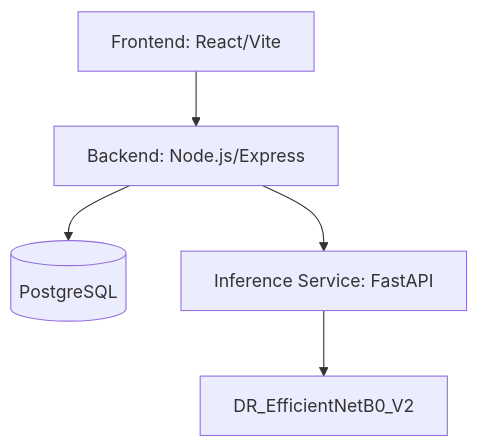
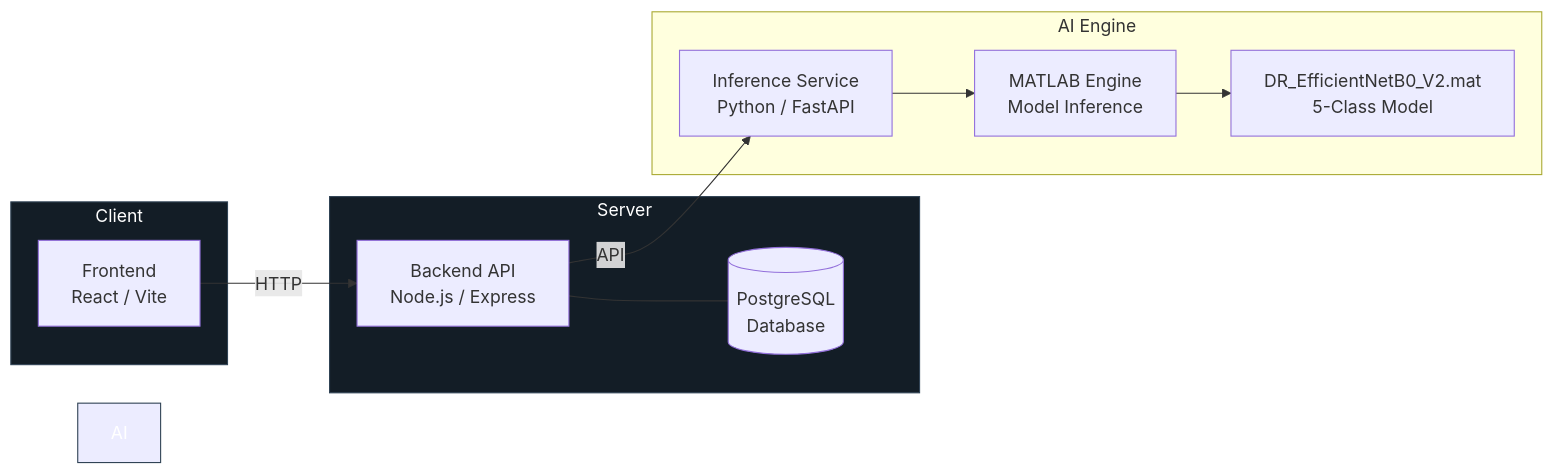
Before and after one commit to SudarshanSingh1/DR-Screening-System: the second of 2 diagrams in README.md, drawn with Mermaid. The commit also changed other lines of this file, not shown here.

````diff
--- a/README.md
+++ b/README.md
@@ -52,7 +64,27 @@
 ```mermaid
-graph TD
-    Frontend[Frontend: React/Vite] --> Backend[Backend: Node.js/Express]
-    Backend --> DB[(PostgreSQL)]
-    Backend --> Inference[Inference Service: FastAPI]
-    Inference --> Model[DR_EfficientNetB0_V2]
+graph LR
+    subgraph Client
+        F[Frontend<br/>React / Vite]
+    end
+    
+    subgraph Server
+        B[Backend API<br/>Node.js / Express]
+        DB[(PostgreSQL<br/>Database)]
+    end
+    
+    subgraph AI Engine
+        I[Inference Service<br/>Python / FastAPI]
+        M[MATLAB Engine<br/>Model Inference]
+        K[DR_EfficientNetB0_V2.mat<br/>5-Class Model]
+    end
+
+    F -->|HTTP| B
+    B --- DB
+    B -->|API| I
+    I --> M
+    M --> K
+    
+    style Client fill:#131d26,stroke:#304355,color:#fff
+    style Server fill:#131d26,stroke:#304355,color:#fff
+    style AI Engine fill:#131d26,stroke:#304355,color:#fff
 ```
````
